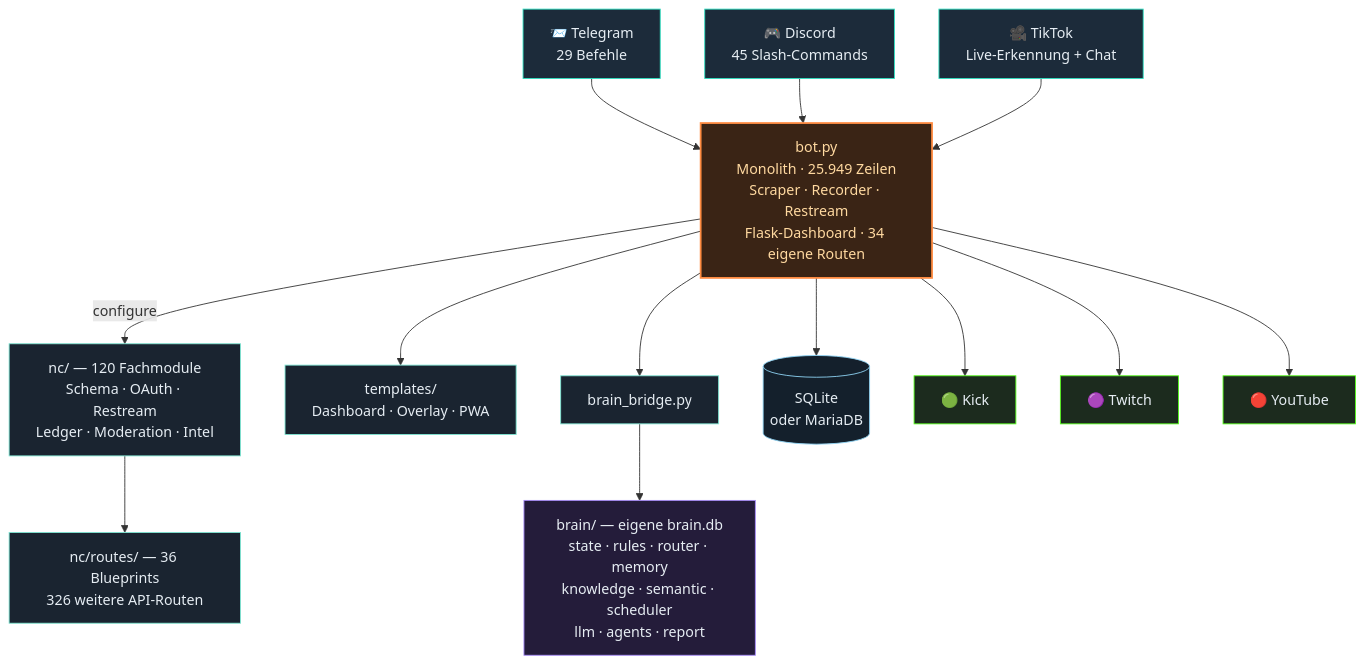
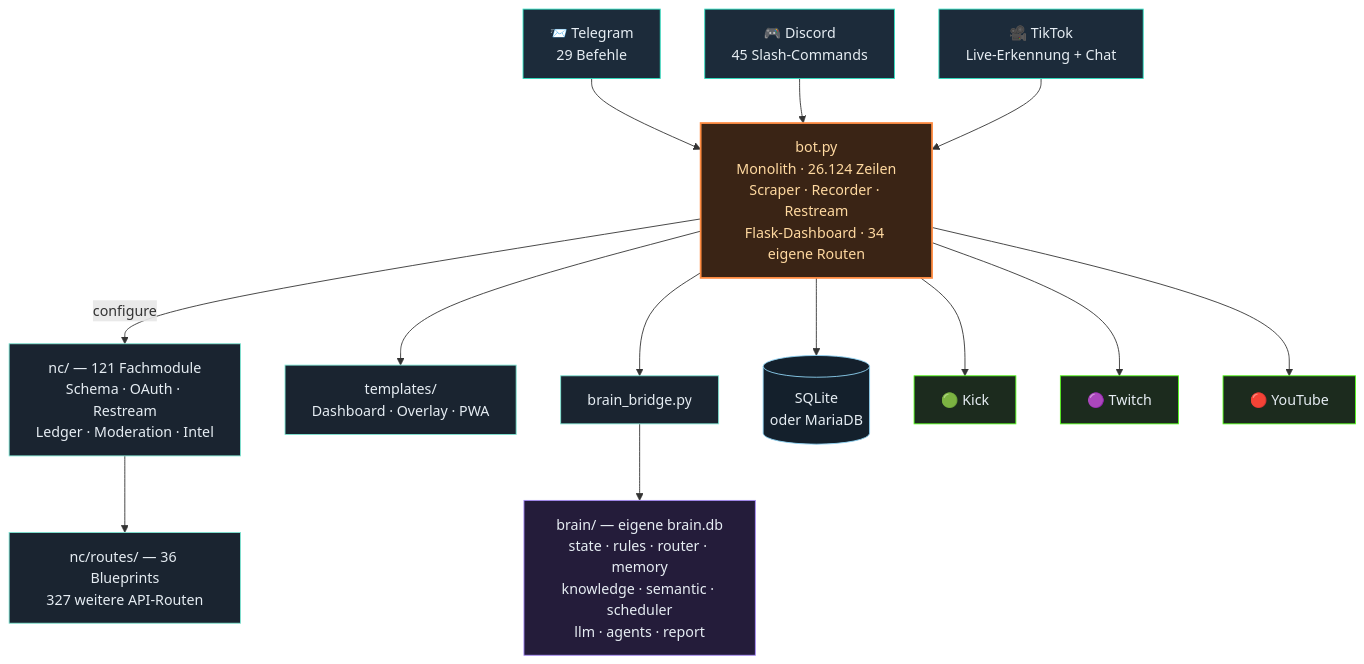
Before and after one commit to itsamemedev/Telegram-Stream-Info-Bot: the third of 4 diagrams in README.md, drawn with Mermaid. The commit also changed other lines of this file and 14 other files, not shown here.

````diff
--- a/README.md
+++ b/README.md
@@ -189,30 +189,30 @@
 ```mermaid
 flowchart TB
     TG["📨 Telegram<br/>29 Befehle"]:::ein
     DC["🎮 Discord<br/>45 Slash-Commands"]:::ein
     TT["🎥 TikTok<br/>Live-Erkennung + Chat"]:::ein
 
     TG --> BOT
     DC --> BOT
     TT --> BOT
 
-    BOT["bot.py<br/>Monolith · 25.949 Zeilen<br/>Scraper · Recorder · Restream<br/>Flask-Dashboard · 34 eigene Routen"]:::core
+    BOT["bot.py<br/>Monolith · 26.124 Zeilen<br/>Scraper · Recorder · Restream<br/>Flask-Dashboard · 34 eigene Routen"]:::core
 
-    BOT -->|configure| NC["nc/ — 120 Fachmodule<br/>Schema · OAuth · Restream<br/>Ledger · Moderation · Intel"]:::lib
-    NC --> RT["nc/routes/ — 36 Blueprints<br/>326 weitere API-Routen"]:::lib
+    BOT -->|configure| NC["nc/ — 121 Fachmodule<br/>Schema · OAuth · Restream<br/>Ledger · Moderation · Intel"]:::lib
+    NC --> RT["nc/routes/ — 36 Blueprints<br/>327 weitere API-Routen"]:::lib
     BOT --> TPL["templates/<br/>Dashboard · Overlay · PWA"]:::lib
     BOT --> BR["brain_bridge.py"]:::lib
     BR --> BRAIN["brain/ — eigene brain.db<br/>state · rules · router · memory<br/>knowledge · semantic · scheduler<br/>llm · agents · report"]:::brain
     BOT --> DB[("SQLite<br/>oder MariaDB")]:::db
 
     BOT --> KICK["🟢 Kick"]:::out
     BOT --> TW["🟣 Twitch"]:::out
     BOT --> YT["🔴 YouTube"]:::out
 
     classDef ein fill:#1c2b3a,stroke:#2de1c2,color:#e6edf3
     classDef core fill:#3a2415,stroke:#ff8c42,stroke-width:2px,color:#ffd9a0
     classDef lib fill:#1a2430,stroke:#7fe7d4,color:#e6edf3
     classDef brain fill:#241c3a,stroke:#a78bfa,color:#e6edf3
     classDef db fill:#14202c,stroke:#8fd3f4,color:#e6edf3
     classDef out fill:#1c2b1e,stroke:#53fc18,color:#e6edf3
 ```
````
